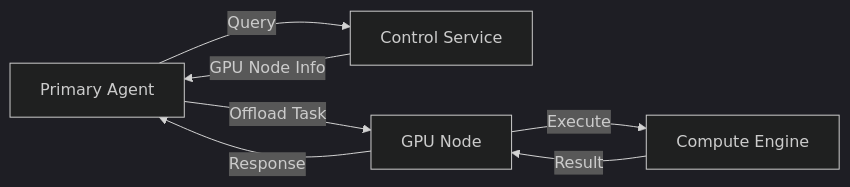
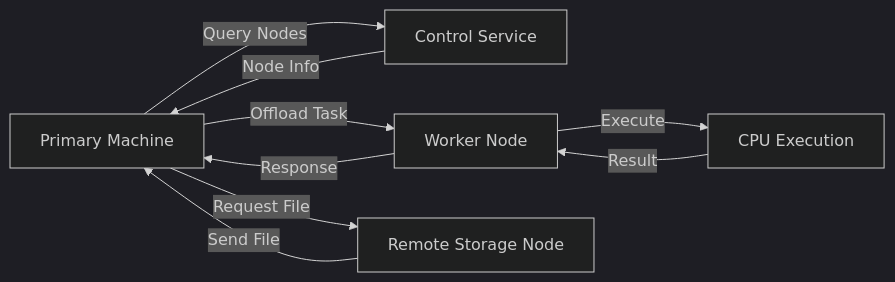
Before and after one commit to shashaaankkkkk/ZeroCompute: the diagram in README.md, drawn with Mermaid (dark theme). The commit also changed other lines of this file, not shown here.

First line of the commit message:
Revise README for Zero Compute features and clarity

````diff
--- a/README.md
+++ b/README.md
@@ -43,9 +85,14 @@
-```mermaid
+```mermaid id="k6lp0o"
 flowchart LR
-    A[Primary Agent] -->|Query| B[Control Service]
-    B -->|GPU Node Info| A
-    A -->|Offload Task| C[GPU Node]
-    C -->|Execute| D[Compute Engine]
+    A[Primary Machine] -->|Query Nodes| B[Control Service]
+
+    B -->|Node Info| A
+
+    A -->|Offload Task| C[Worker Node]
+    C -->|Execute| D[CPU Execution]
     D -->|Result| C
     C -->|Response| A
+
+    A -->|Request File| E[Remote Storage Node]
+    E -->|Send File| A
 ```
````
